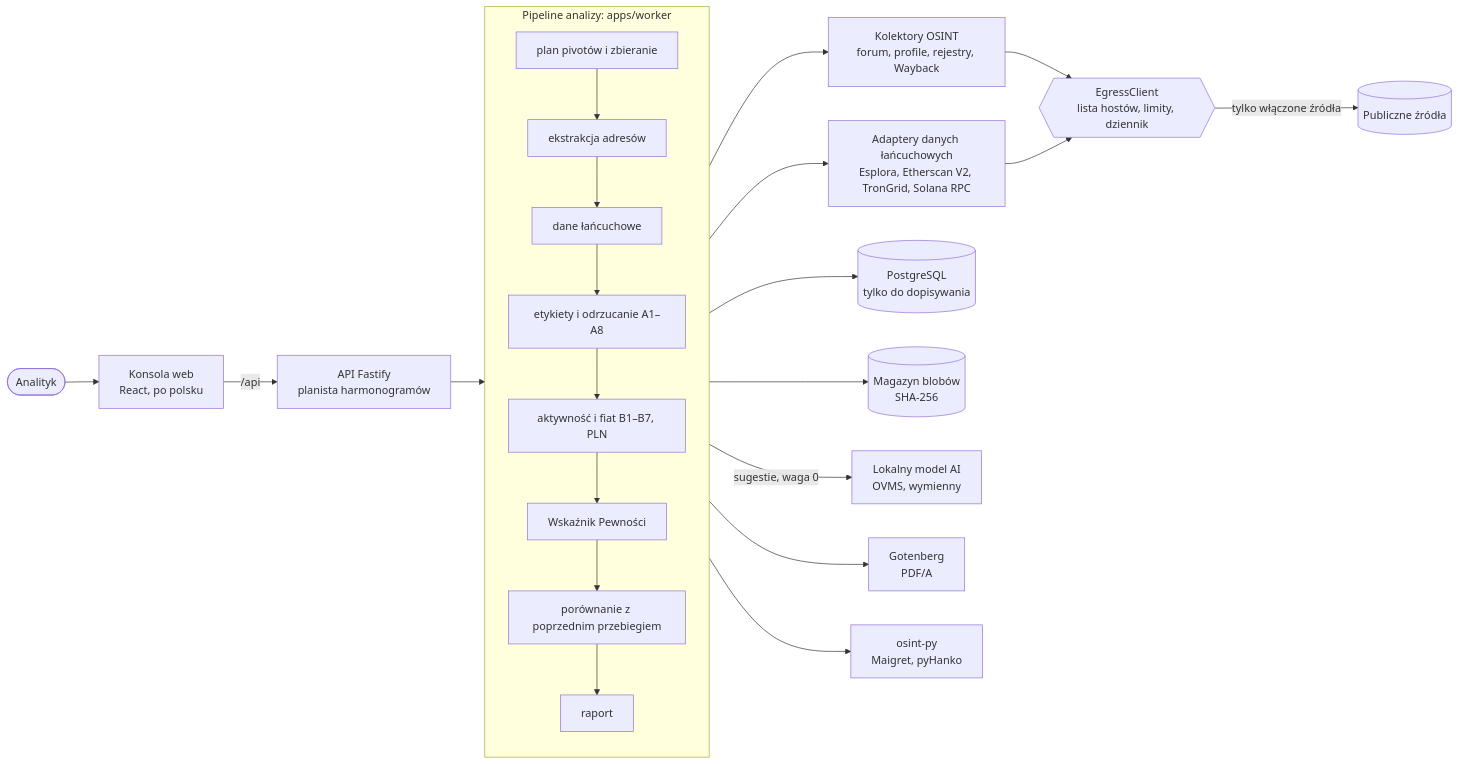
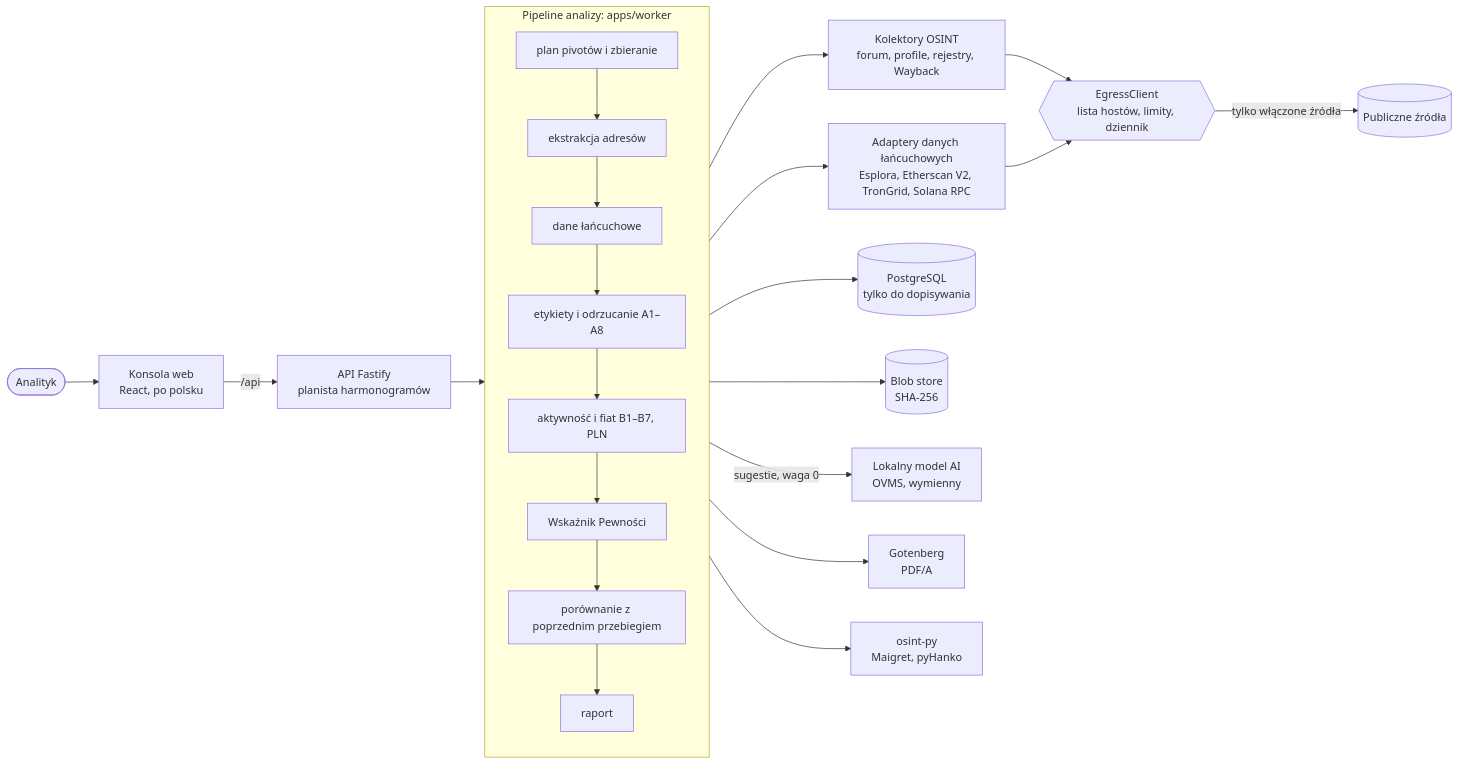
Before and after one commit to edraven-dev/olcys: the diagram in README.md, drawn with Mermaid. The commit also changed other lines of this file, not shown here.

````diff
--- a/README.md
+++ b/README.md
@@ -182,22 +186,22 @@
 ```mermaid
 flowchart LR
   analyst([Analityk]) --> web[Konsola web<br/>React, po polsku]
   web -->|/api| api[API Fastify<br/>planista harmonogramów]
   api --> pipeline
   subgraph pipeline[Pipeline analizy: apps/worker]
     direction TB
     s1[plan pivotów i zbieranie] --> s2[ekstrakcja adresów] --> s3[dane łańcuchowe]
     s3 --> s4[etykiety i odrzucanie A1–A8] --> s5[aktywność i fiat B1–B7, PLN]
     s5 --> s6[Wskaźnik Pewności] --> s7[porównanie z poprzednim przebiegiem] --> s8[raport]
   end
   pipeline --> collectors[Kolektory OSINT<br/>forum, profile, rejestry, Wayback]
   pipeline --> chains[Adaptery danych łańcuchowych<br/>Esplora, Etherscan V2, TronGrid, Solana RPC]
   collectors --> egress{{EgressClient<br/>lista hostów, limity, dziennik}}
   chains --> egress
   egress -->|tylko włączone źródła| net[(Publiczne źródła)]
   pipeline --> pg[(PostgreSQL<br/>tylko do dopisywania)]
-  pipeline --> blobs[(Magazyn blobów<br/>SHA-256)]
+  pipeline --> blobs[(Blob store<br/>SHA-256)]
   pipeline -->|sugestie, waga 0| llm[Lokalny model AI<br/>OVMS, wymienny]
   s8 --> gotenberg[Gotenberg<br/>PDF/A]
   s8 --> py[osint-py<br/>Maigret, pyHanko]
 ```
````
